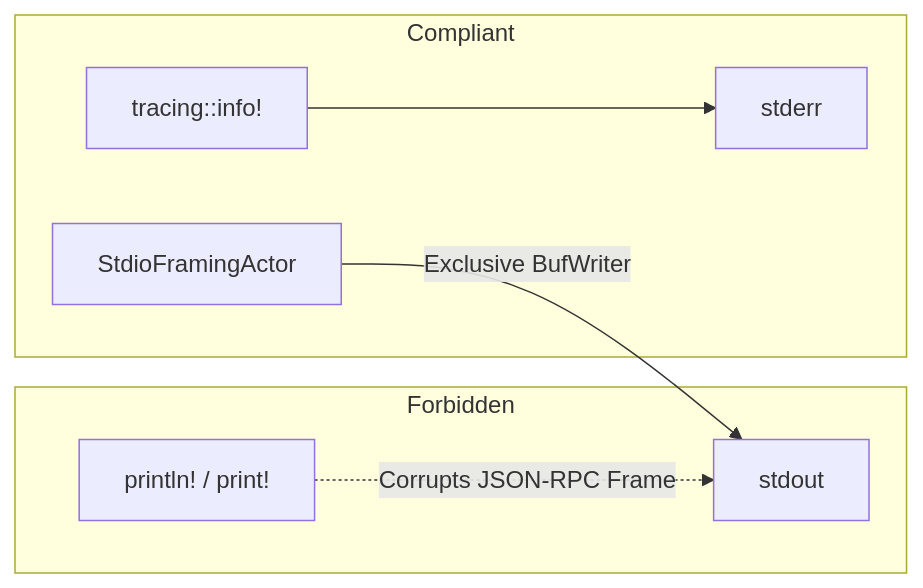
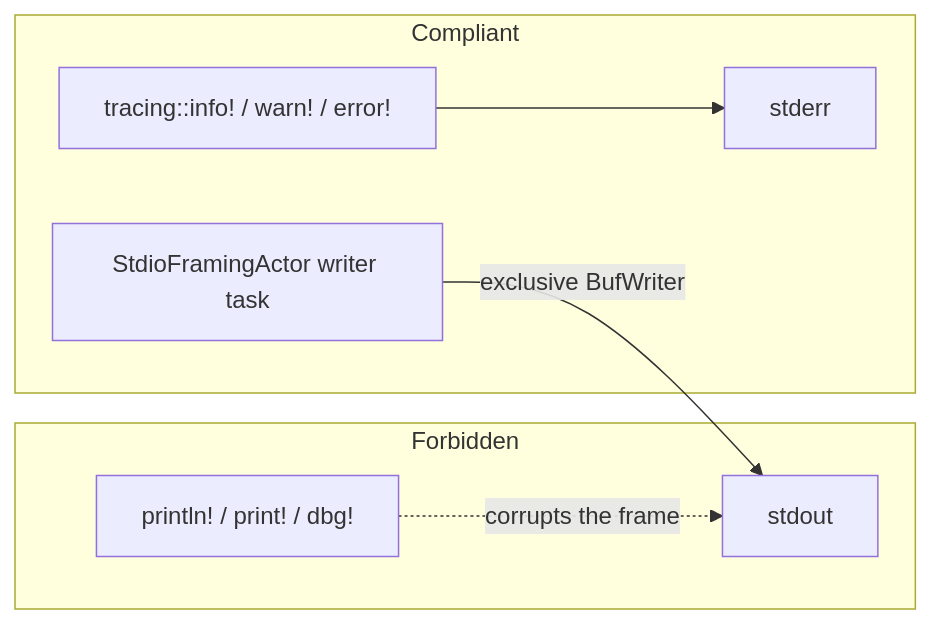
One commit to VictorAgahi/causalmesh changed the diagram in .agents/skills/mesh-stdio-protocol/SKILL.md. Above: the diagram before and after it, drawn with Mermaid. The commit also changed other lines of this file and 29 other files, not shown here.

````diff
--- a/.agents/skills/mesh-stdio-protocol/SKILL.md
+++ b/.agents/skills/mesh-stdio-protocol/SKILL.md
@@ -33,11 +41,10 @@
 ```mermaid
 graph LR
     subgraph Forbidden
-        P[println! / print!] -.->|Corrupts JSON-RPC Frame| Stdout[stdout]
+        P["println! / print! / dbg!"] -.->|corrupts the frame| Stdout[stdout]
     end
-
     subgraph Compliant
-        Log[tracing::info!] --> Stderr[stderr]
-        Actor[StdioFramingActor] -->|Exclusive BufWriter| Stdout
+        Log["tracing::info! / warn! / error!"] --> Stderr[stderr]
+        Actor[StdioFramingActor writer task] -->|exclusive BufWriter| Stdout
     end
 ```
````
